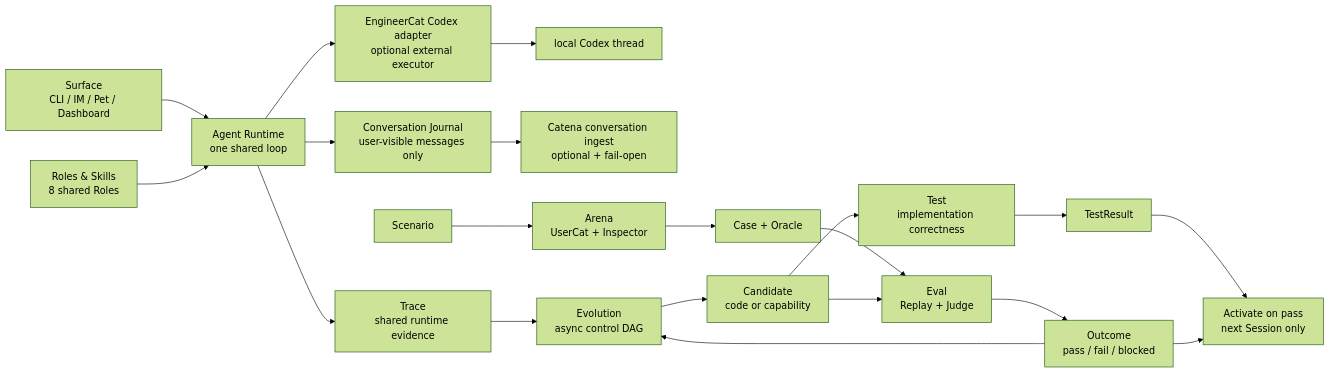
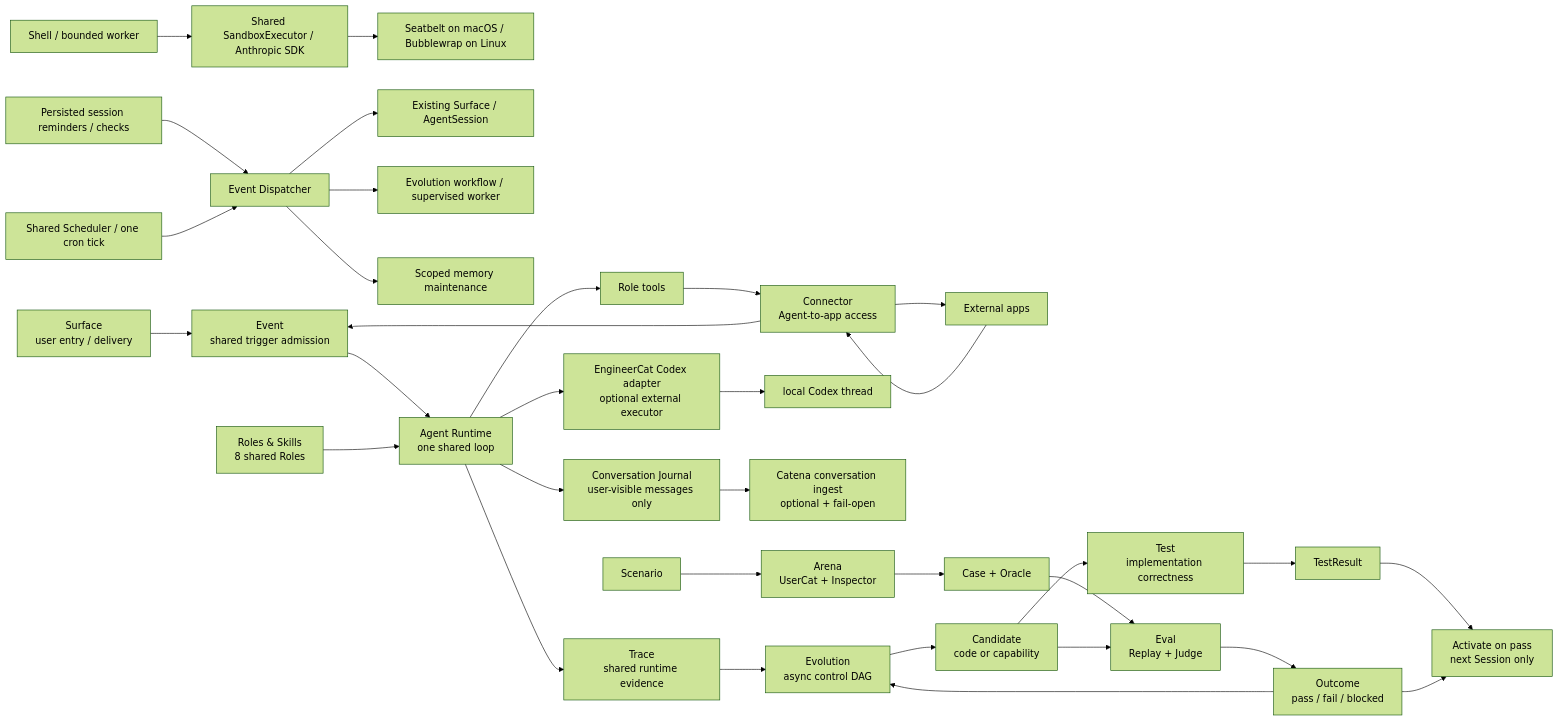
One commit to fightheyyy/xiaobaOS changed the second of 2 diagrams in docs/SPEC.md. Above: the diagram before and after it, drawn with Mermaid (forest theme). The commit also changed other lines of this file and 129 other files, not shown here.

Commit message:
feat: add personal agent events, memory, connectors and sandbox runtime

````diff
--- a/docs/SPEC.md
+++ b/docs/SPEC.md
@@ -115,25 +131,38 @@
 ```mermaid
 flowchart LR
-    Surface["Surface<br/>CLI / IM / Pet / Dashboard"] --> Runtime["Agent Runtime<br/>one shared loop"]
+    Execution["Shell / bounded worker"] --> Sandbox["Shared SandboxExecutor / Anthropic SDK"]
+    Sandbox --> Native["Seatbelt on macOS / Bubblewrap on Linux"]
+    SessionTimer["Persisted session reminders / checks"] --> ScheduledEvents
+    ScheduledEvents --> SessionWake["Existing Surface / AgentSession"]
+    DailyScheduler["Shared Scheduler / one cron tick"] --> ScheduledEvents["Event Dispatcher"]
+    ScheduledEvents --> EvolutionConsumer["Evolution workflow / supervised worker"]
+    ScheduledEvents --> MemoryConsumer["Scoped memory maintenance"]
+    Surface["Surface<br/>user entry / delivery"] --> Event["Event<br/>shared trigger admission"]
+    Event --> Runtime["Agent Runtime<br/>one shared loop"]
+    Runtime --> Tools["Role tools"]
+    Tools --> Connector["Connector<br/>Agent-to-app access"]
+    Connector --> Apps["External apps"]
+    Apps --> Connector
+    Connector --> Event
     Roles["Roles & Skills<br/>8 shared Roles"] --> Runtime
     Runtime --> EngineerAdapter["EngineerCat Codex adapter<br/>optional external executor"]
     EngineerAdapter --> Codex["local Codex thread"]
     Runtime --> Trace["Trace<br/>shared runtime evidence"]
     Runtime --> Conversation["Conversation Journal<br/>user-visible messages only"]
     Conversation --> Catena["Catena conversation ingest<br/>optional + fail-open"]
 
     Test["Test<br/>implementation correctness"] --> TestResult["TestResult"]
     Case["Case + Oracle"] --> Eval["Eval<br/>Replay + Judge"]
     Eval --> Outcome["Outcome<br/>pass / fail / blocked"]
 
     Scenario["Scenario"] --> Arena["Arena<br/>UserCat + Inspector"]
     Arena --> Case
 
     Trace --> Evolution["Evolution<br/>async control DAG"]
     Outcome --> Evolution
     Evolution --> Candidate["Candidate<br/>code or capability"]
     Candidate --> Test
     Candidate --> Eval
     TestResult --> Activate["Activate on pass<br/>next Session only"]
     Outcome --> Activate
 ```
````
